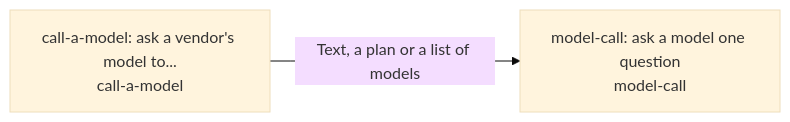
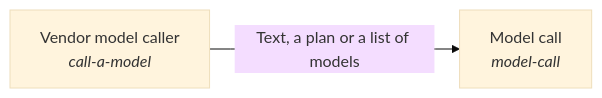
The diagram in hubofhubs/models/README.md (SpiritualData/ai-hub-of-hubs-structure), drawn with Mermaid (base theme) before and after one commit. The commit also changed other lines of this file and 32 other files, not shown here.

````diff
--- a/hubofhubs/models/README.md
+++ b/hubofhubs/models/README.md
@@ -27,6 +27,6 @@
 ```mermaid
 flowchart LR
-    s0["model-call: ask a model one question<br/>model-call"]
-    s1["call-a-model: ask a vendor's model to...<br/>call-a-model"]
+    s0["Model call<br/><i>model-call</i>"]
+    s1["Vendor model caller<br/><i>call-a-model</i>"]
     s1 -->|"Text, a plan or a list of models"| s0
 ```
````
